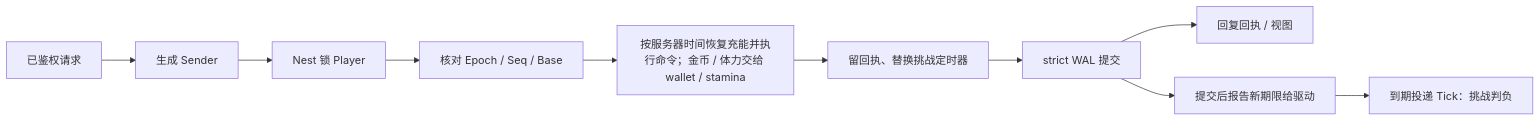
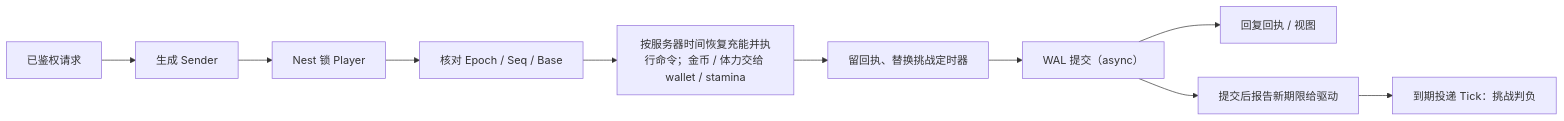
The first of 2 diagrams in docs/framework/MERGE-CASUAL-INTEGRATION.md (tjbdwanghaibo/roost-core), drawn with Mermaid before and after one commit. The commit also changed other lines of this file and 87 other files, not shown here.

````diff
--- a/docs/framework/MERGE-CASUAL-INTEGRATION.md
+++ b/docs/framework/MERGE-CASUAL-INTEGRATION.md
@@ -31,12 +31,12 @@
 ```mermaid
 flowchart LR
     A[已鉴权请求] --> B[生成 Sender]
     B --> C[Nest 锁 Player]
     C --> D[核对 Epoch / Seq / Base]
     D --> E[按服务器时间恢复充能并执行命令；金币 / 体力交给 wallet / stamina]
     E --> F[留回执、替换挑战定时器]
-    F --> G[strict WAL 提交]
+    F --> G[WAL 提交（async）]
     G --> H[回复回执 / 视图]
     G --> I[提交后报告新期限给驱动]
     I --> J[到期投递 Tick：挑战判负]
 ```
````
